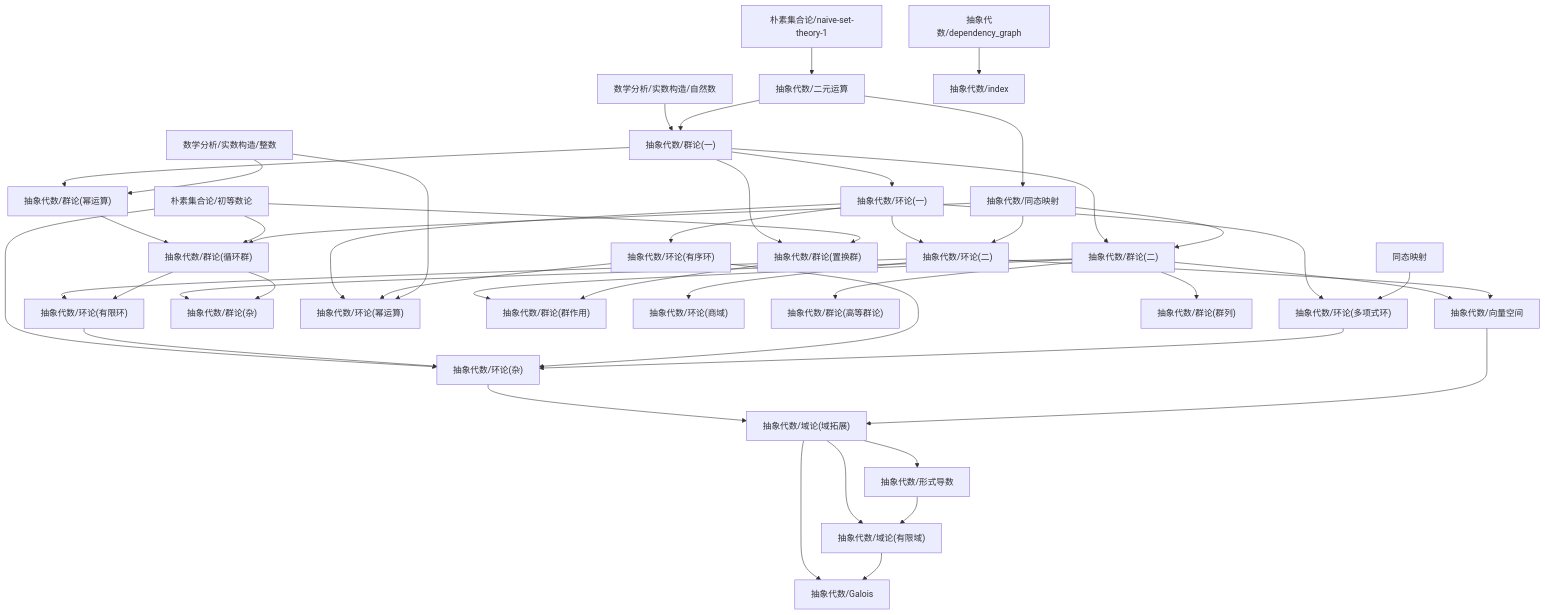
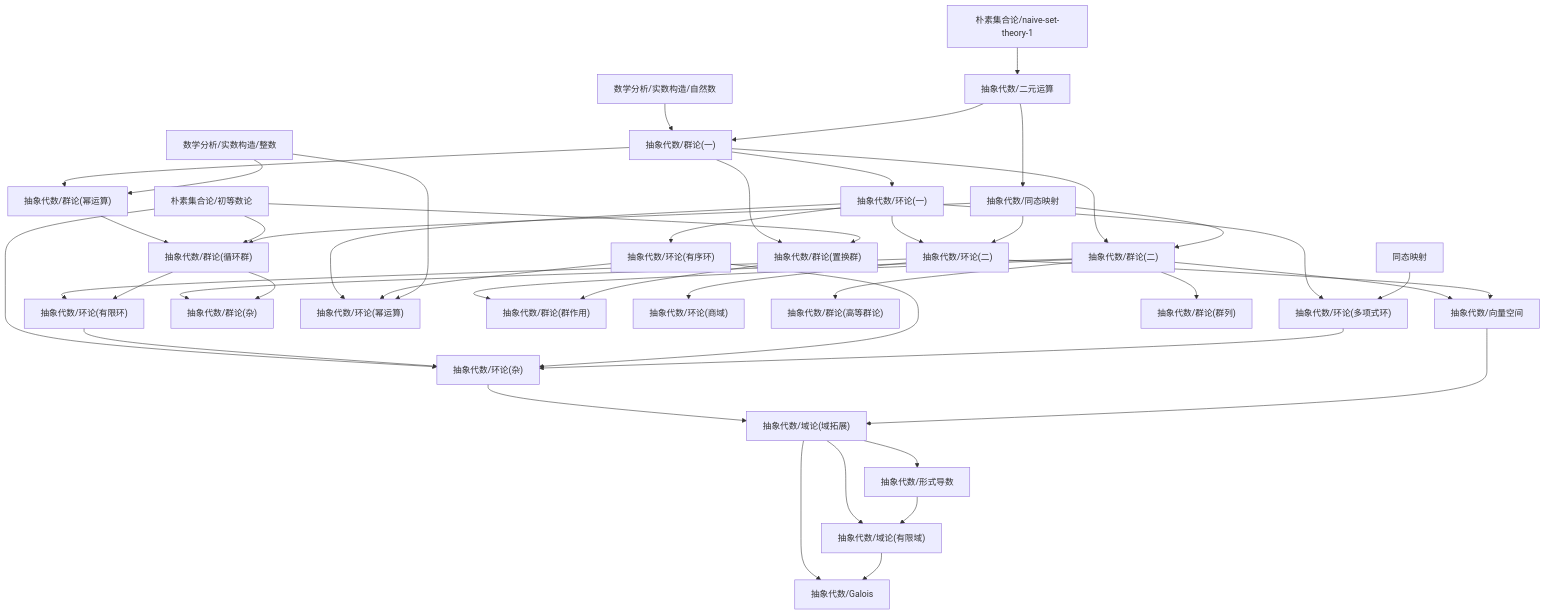
One commit to zeroDtree/zeroDtree.github.io changed the diagram in content/抽象代数/dependency_graph.md. Above: the diagram before and after it, drawn with Mermaid. The commit also changed 17 other files, not shown here.

````diff
--- a/content/抽象代数/dependency_graph.md
+++ b/content/抽象代数/dependency_graph.md
@@ -1,48 +1,47 @@
 ```mermaid
 graph TD
 1["抽象代数/环论(二)"] --> 0["抽象代数/环论(有限环)"]
 2["抽象代数/群论(循环群)"] --> 0["抽象代数/环论(有限环)"]
 3["抽象代数/环论(一)"] --> 1["抽象代数/环论(二)"]
 4["抽象代数/同态映射"] --> 1["抽象代数/环论(二)"]
 6["朴素集合论/初等数论"] --> 5["抽象代数/环论(杂)"]
 0["抽象代数/环论(有限环)"] --> 5["抽象代数/环论(杂)"]
 7["抽象代数/环论(有序环)"] --> 5["抽象代数/环论(杂)"]
 8["抽象代数/环论(多项式环)"] --> 5["抽象代数/环论(杂)"]
 10["朴素集合论/naive-set-theory-1"] --> 9["抽象代数/二元运算"]
 12["抽象代数/群论(二)"] --> 11["抽象代数/群论(杂)"]
 2["抽象代数/群论(循环群)"] --> 11["抽象代数/群论(杂)"]
 14["抽象代数/域论(域拓展)"] --> 13["抽象代数/形式导数"]
 15["抽象代数/群论(一)"] --> 12["抽象代数/群论(二)"]
 4["抽象代数/同态映射"] --> 12["抽象代数/群论(二)"]
 16["抽象代数/群论(幂运算)"] --> 2["抽象代数/群论(循环群)"]
 6["朴素集合论/初等数论"] --> 2["抽象代数/群论(循环群)"]
 4["抽象代数/同态映射"] --> 2["抽象代数/群论(循环群)"]
 3["抽象代数/环论(一)"] --> 17["抽象代数/环论(幂运算)"]
 7["抽象代数/环论(有序环)"] --> 17["抽象代数/环论(幂运算)"]
 18["数学分析/实数构造/整数"] --> 17["抽象代数/环论(幂运算)"]
 12["抽象代数/群论(二)"] --> 19["抽象代数/群论(群作用)"]
 20["抽象代数/群论(置换群)"] --> 19["抽象代数/群论(群作用)"]
 1["抽象代数/环论(二)"] --> 21["抽象代数/环论(商域)"]
 15["抽象代数/群论(一)"] --> 3["抽象代数/环论(一)"]
 12["抽象代数/群论(二)"] --> 22["抽象代数/群论(高等群论)"]
 14["抽象代数/域论(域拓展)"] --> 23["抽象代数/Galois"]
 24["抽象代数/域论(有限域)"] --> 23["抽象代数/Galois"]
 25["数学分析/实数构造/自然数"] --> 15["抽象代数/群论(一)"]
 9["抽象代数/二元运算"] --> 15["抽象代数/群论(一)"]
 12["抽象代数/群论(二)"] --> 26["抽象代数/向量空间"]
 1["抽象代数/环论(二)"] --> 26["抽象代数/向量空间"]
-28["抽象代数/dependency_graph"] --> 27["抽象代数/index"]
 3["抽象代数/环论(一)"] --> 7["抽象代数/环论(有序环)"]
 3["抽象代数/环论(一)"] --> 8["抽象代数/环论(多项式环)"]
-29["同态映射"] --> 8["抽象代数/环论(多项式环)"]
+28["同态映射"] --> 8["抽象代数/环论(多项式环)"]
 5["抽象代数/环论(杂)"] --> 14["抽象代数/域论(域拓展)"]
 26["抽象代数/向量空间"] --> 14["抽象代数/域论(域拓展)"]
 14["抽象代数/域论(域拓展)"] --> 24["抽象代数/域论(有限域)"]
 13["抽象代数/形式导数"] --> 24["抽象代数/域论(有限域)"]
 15["抽象代数/群论(一)"] --> 16["抽象代数/群论(幂运算)"]
 18["数学分析/实数构造/整数"] --> 16["抽象代数/群论(幂运算)"]
-12["抽象代数/群论(二)"] --> 30["抽象代数/群论(群列)"]
+12["抽象代数/群论(二)"] --> 29["抽象代数/群论(群列)"]
 9["抽象代数/二元运算"] --> 4["抽象代数/同态映射"]
 15["抽象代数/群论(一)"] --> 20["抽象代数/群论(置换群)"]
 6["朴素集合论/初等数论"] --> 20["抽象代数/群论(置换群)"]
 ```
````
